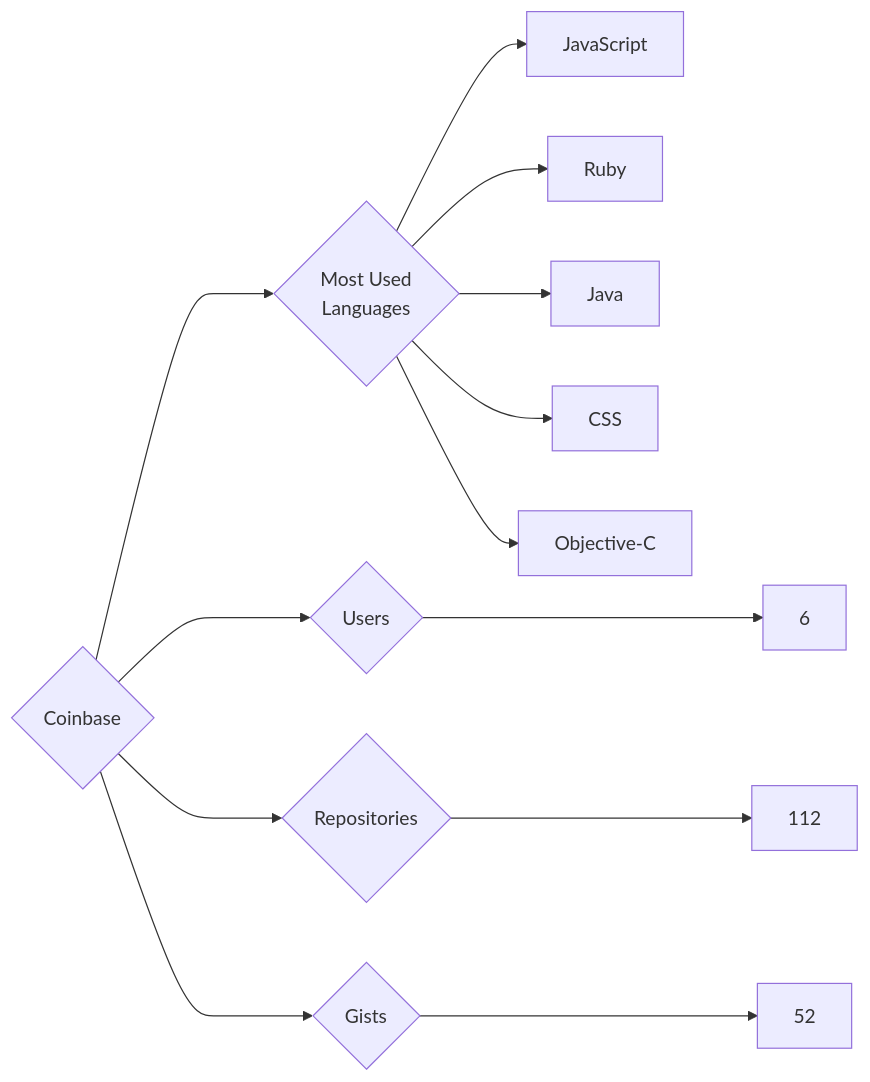
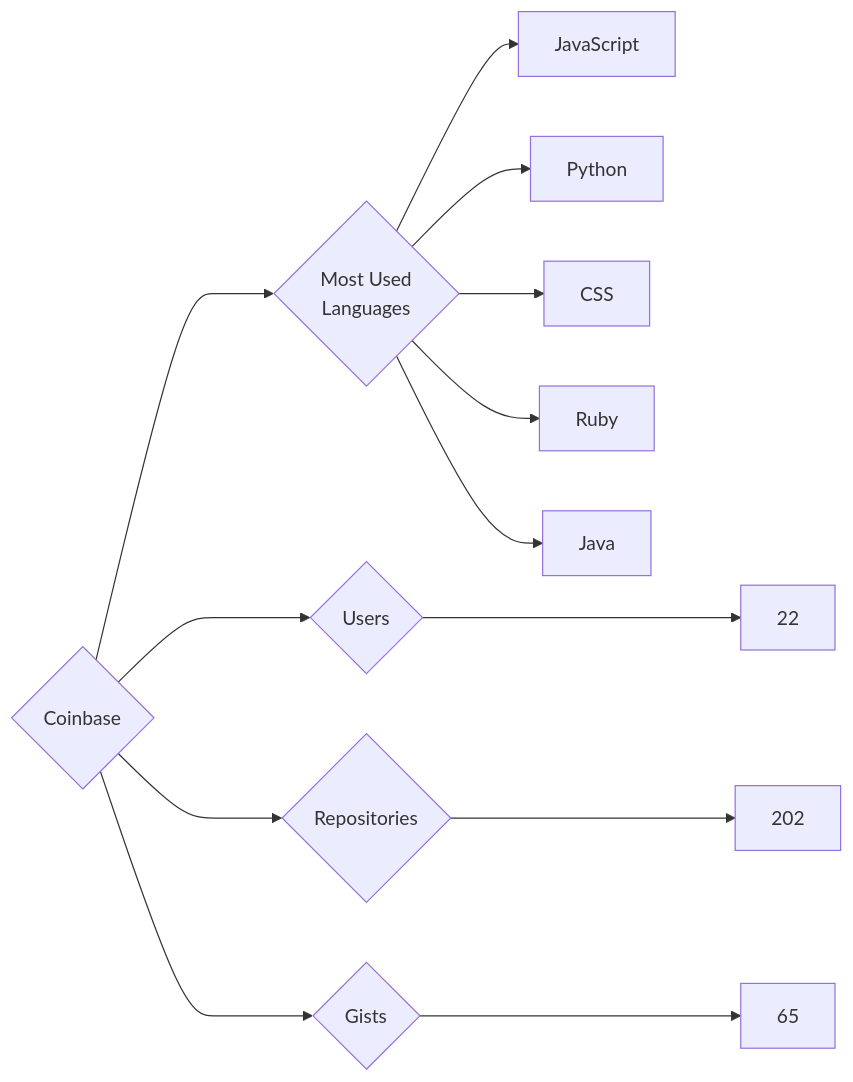
One commit to trickest/insiders changed the diagram in targets/Coinbase/README.md. Above: the diagram before and after it, drawn with Mermaid. The commit also changed 873 other files, not shown here.

````diff
--- a/targets/Coinbase/README.md
+++ b/targets/Coinbase/README.md
@@ -3,13 +3,13 @@
 ```mermaid
 graph LR
 COMPANY_NAME{Coinbase}
-COMPANY_NAME ---> U{Users} ---> UN[6]
-COMPANY_NAME ---> R{Repositories} ---> RN[112]
-COMPANY_NAME ---> G{Gists} ---> GN[52]
+COMPANY_NAME ---> U{Users} ---> UN[22]
+COMPANY_NAME ---> R{Repositories} ---> RN[202]
+COMPANY_NAME ---> G{Gists} ---> GN[65]
 COMPANY_NAME ---> ML{Most Used<br>Languages}
 ML --> JavaScript[JavaScript]
+ML --> Python[Python]
+ML --> CSS[CSS]
 ML --> Ruby[Ruby]
 ML --> Java[Java]
-ML --> CSS[CSS]
-ML --> Objective-C[Objective-C]
 ```
````
